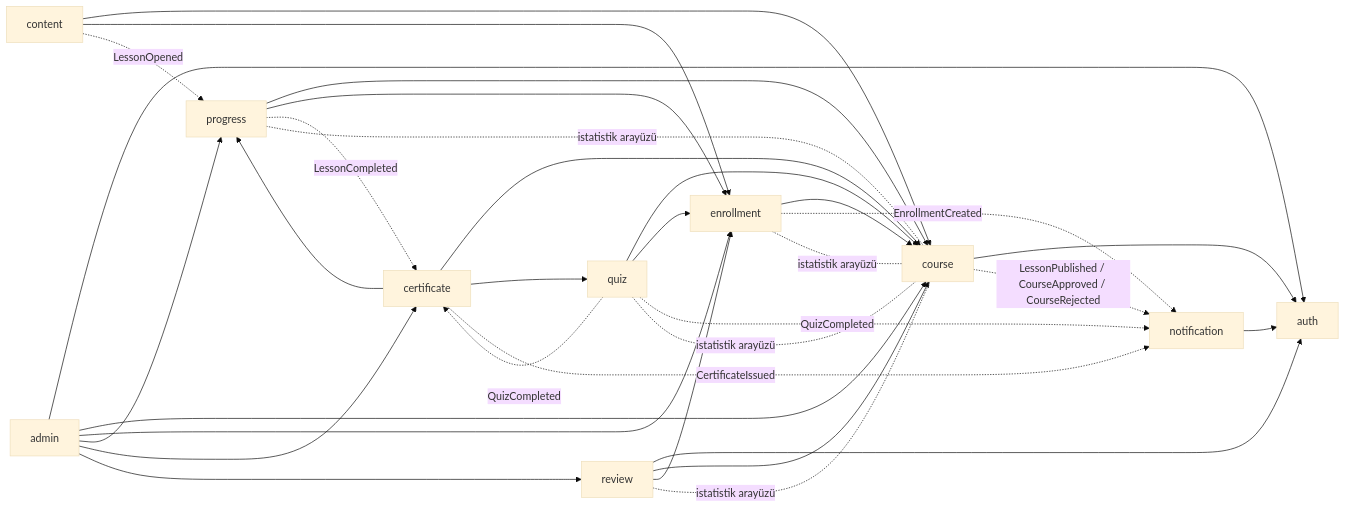
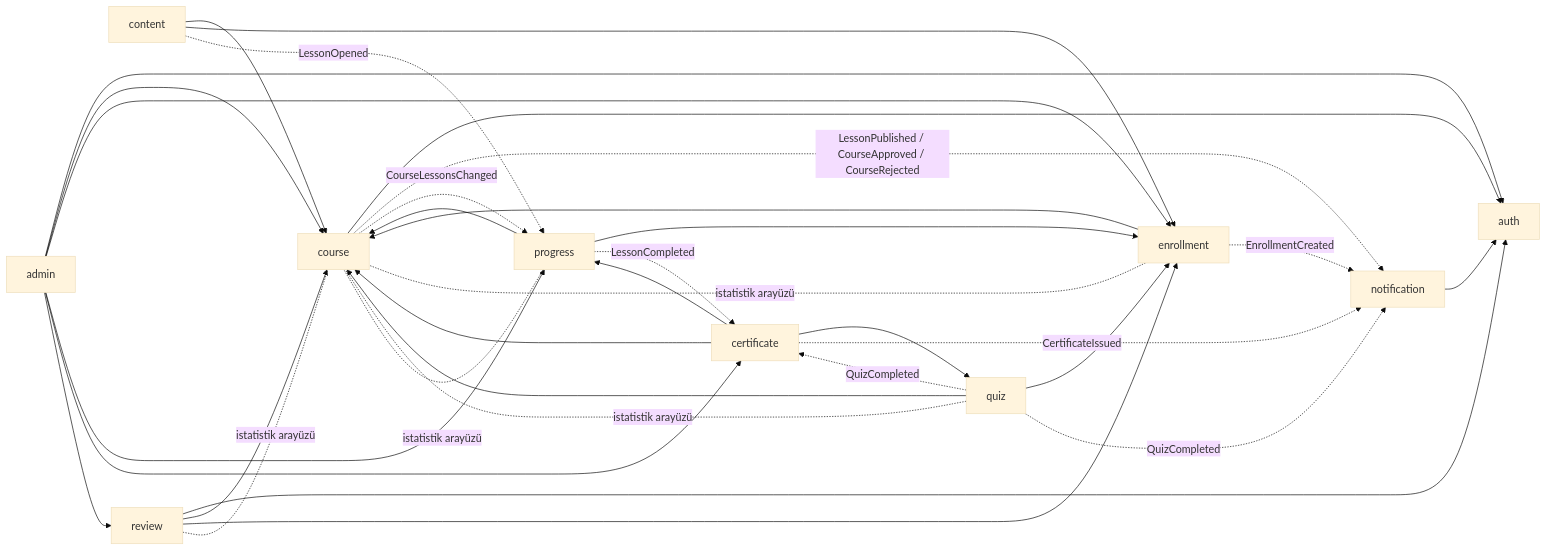
Before and after one commit to Bertanokt/mini-udemy: the second of 2 diagrams in docs/architecture.md, drawn with Mermaid (base theme). The commit also changed other lines of this file and 8 other files, not shown here.

````diff
--- a/docs/architecture.md
+++ b/docs/architecture.md
@@ -219,38 +220,39 @@
 ```mermaid
 flowchart LR
   auth
   course --> auth
   enrollment --> course
   content --> course
   content --> enrollment
   progress --> course
   progress --> enrollment
   quiz --> course
   quiz --> enrollment
   certificate --> course
   certificate --> progress
   certificate --> quiz
   review --> auth
   review --> course
   review --> enrollment
   notification --> auth
   admin --> auth
   admin --> course
   admin --> enrollment
   admin --> progress
   admin --> certificate
   admin --> review
 
   enrollment -. EnrollmentCreated .-> notification
   course -. LessonPublished / CourseApproved / CourseRejected .-> notification
   content -. LessonOpened .-> progress
+  course -. CourseLessonsChanged .-> progress
   progress -. LessonCompleted .-> certificate
   quiz -. QuizCompleted .-> certificate
   quiz -. QuizCompleted .-> notification
   certificate -. CertificateIssued .-> notification
 
   enrollment -.-|istatistik arayüzü| course
   progress -.-|istatistik arayüzü| course
   quiz -.-|istatistik arayüzü| course
   review -.-|istatistik arayüzü| course
 ```
````
